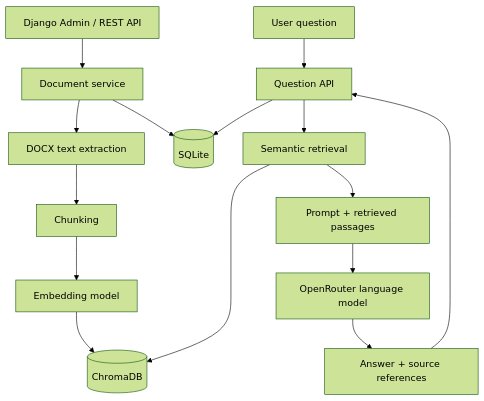
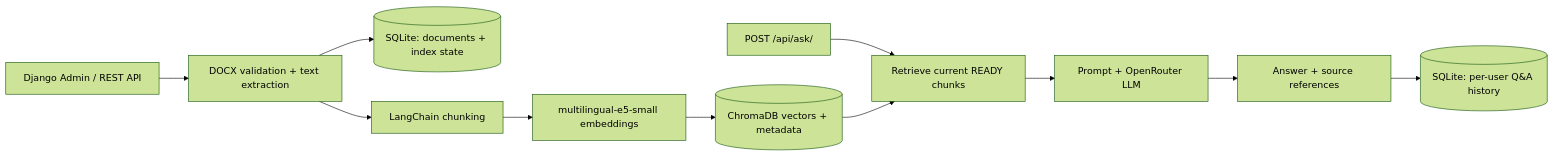
The diagram in README.md (rominasham1864/document-qa), drawn with Mermaid (forest theme) before and after one commit. The commit also changed other lines of this file and 1 other file, not shown here.

````diff
--- a/README.md
+++ b/README.md
@@ -56,18 +26,13 @@
 ```mermaid
-flowchart TD
-    A["Django Admin / REST API"] --> B["Document service"]
-    B --> C["DOCX text extraction"]
-    C --> D["Chunking"]
-    D --> E["Embedding model"]
-    E --> F[("ChromaDB")]
-    B --> G[("SQLite")]
-
-    Q["User question"] --> R["Question API"]
-    R --> S["Semantic retrieval"]
-    S --> F
-    S --> P["Prompt + retrieved passages"]
-    P --> L["OpenRouter language model"]
-    L --> O["Answer + source references"]
-    O --> R
-    R --> G
+flowchart LR
+    UI["Django Admin / REST API"] --> DOC["DOCX validation + text extraction"]
+    DOC --> DB[("SQLite: documents + index state")]
+    DOC --> SPLIT["LangChain chunking"]
+    SPLIT --> E5["multilingual-e5-small embeddings"]
+    E5 --> CH[("ChromaDB vectors + metadata")]
+    ASK["POST /api/ask/"] --> RET["Retrieve current READY chunks"]
+    CH --> RET
+    RET --> LLM["Prompt + OpenRouter LLM"]
+    LLM --> ANS["Answer + source references"]
+    ANS --> HIST[("SQLite: per-user Q&A history")]
 ```
````
